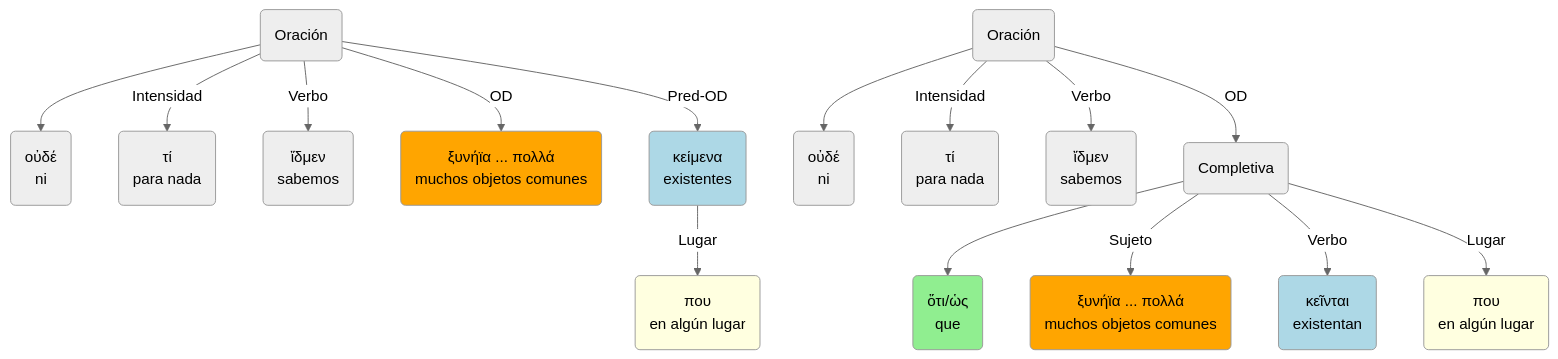
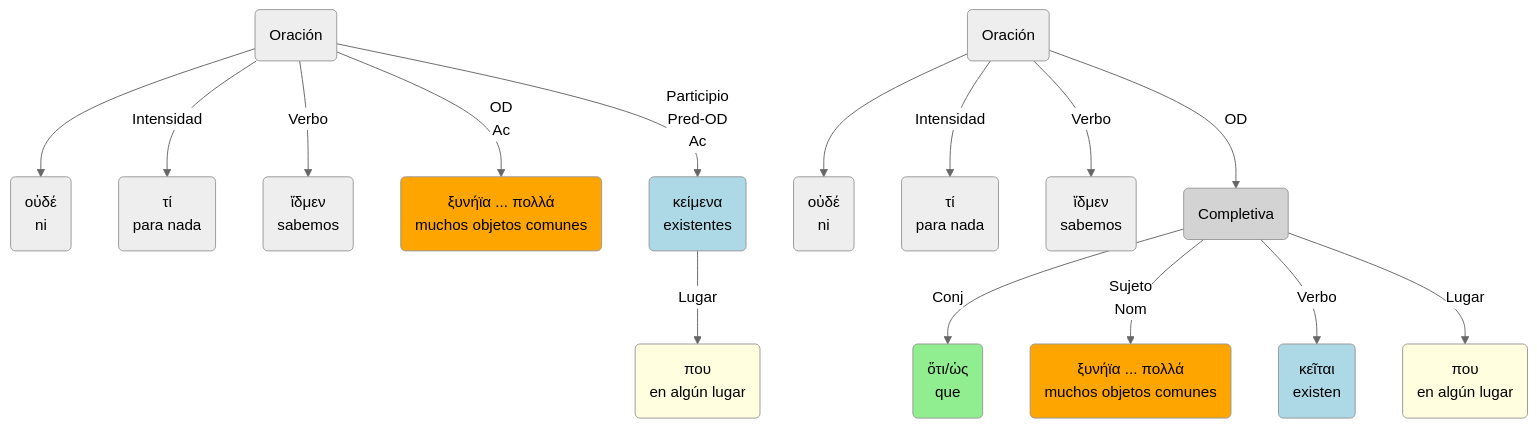
The ninth of 10 diagrams in docs/textos_02.md (pajaro1966/Asignaturas), drawn with Mermaid (neutral theme) before and after one commit. The commit also changed other lines of this file and 80 other files, not shown here.

````diff
--- a/docs/textos_02.md
+++ b/docs/textos_02.md
@@ -732,34 +730,34 @@
     ```mermaid
     graph TB
     A("Oración")
     A-->B("οὐδέ<br>ni")
     A-->|"Intensidad"|C("τί<br>para nada")
     A-->|"Verbo"|E("ἴδμεν<br>sabemos")
-    A-->|"OD"|F("ξυνήϊα ... πολλά<br>muchos objetos comunes")
-    A-->|"Pred-OD"|G("κείμενα<br>existentes")
+    A-->|"OD<br>Ac"|F("ξυνήϊα ... πολλά<br>muchos objetos comunes")
+    A-->|"Participio<br>Pred-OD<br>Ac"|G("κείμενα<br>existentes")
     G-->|"Lugar"|D("που<br>en algún lugar")
         
     H("Oración")
     H-->I("οὐδέ<br>ni")
     H-->|"Intensidad"|J("τί<br>para nada")
     H-->|"Verbo"|L("ἴδμεν<br>sabemos")
     H-->|"OD"|M("Completiva")
-    M--> N("ὅτι/ὡς<br>que")
-    M-->|"Sujeto"|O("ξυνήϊα ... πολλά<br>muchos objetos comunes")
-    M-->|"Verbo"|Q("κεῖνται<br>existentan")
+    M-->|"Conj"|N("ὅτι/ὡς<br>que")
+    M-->|"Sujeto<br>Nom"|O("ξυνήϊα ... πολλά<br>muchos objetos comunes")
+    M-->|"Verbo"|Q("κεῖται<br>existen")
     M-->|"Lugar"|K("που<br>en algún lugar")
     
     F:::SN
     G:::VERB
     N:::CONJ
     O:::SN
     Q:::VERB
     D:::ADV
     K:::ADV
-    
+    M:::SUB
     classDef SN fill:orange
     classDef VERB fill:lightblue
     classDef CONJ fill:lightgreen
     classDef ADV fill:lightyellow
-
+    classDef SUB fill:lightgray
     ```
````
